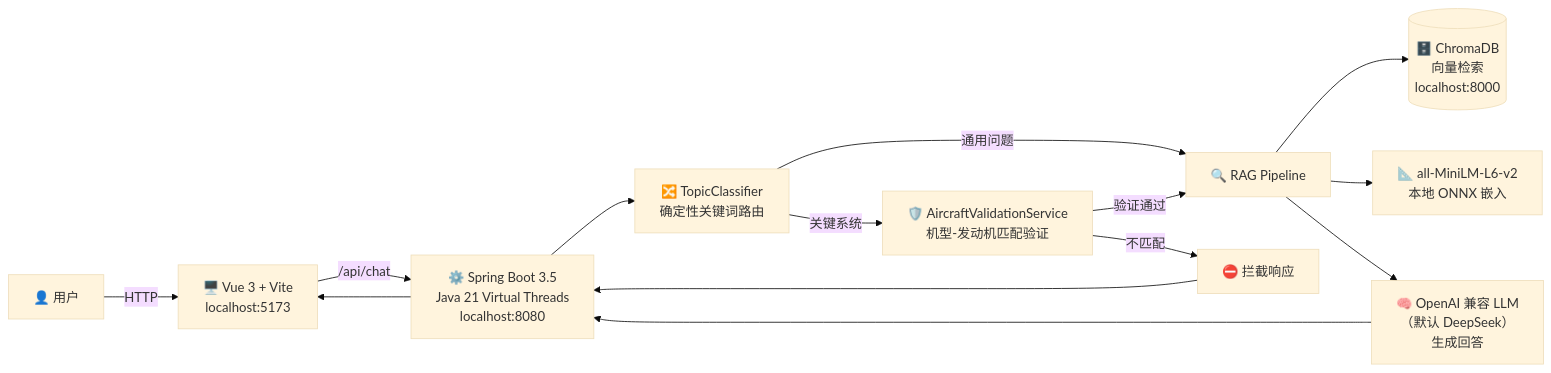
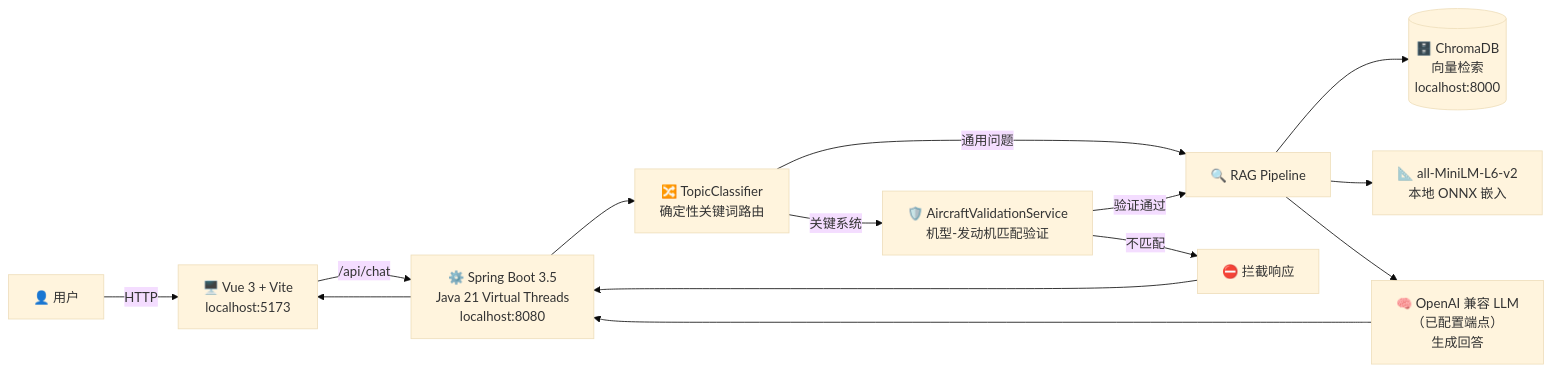
The diagram in README.zh-CN.md (FEJerome/aviation-maintenance-assistant), drawn with Mermaid (base theme) before and after one commit. The commit also changed other lines of this file and 110 other files, not shown here.

````diff
--- a/README.zh-CN.md
+++ b/README.zh-CN.md
@@ -101,16 +103,16 @@
 ```mermaid
 flowchart LR
     User["👤 用户"] -->|HTTP| Frontend["🖥️ Vue 3 + Vite\nlocalhost:5173"]
     Frontend -->|/api/chat| Backend["⚙️ Spring Boot 3.5\nJava 21 Virtual Threads\nlocalhost:8080"]
     Backend --> Router["🔀 TopicClassifier\n确定性关键词路由"]
     Router -->|关键系统| Validation["🛡️ AircraftValidationService\n机型-发动机匹配验证"]
     Router -->|通用问题| RAG["🔍 RAG Pipeline"]
     Validation -->|验证通过| RAG
     Validation -->|不匹配| Block["⛔ 拦截响应"]
     RAG --> Chroma[("🗄️ ChromaDB\n向量检索\nlocalhost:8000")]
     RAG --> Embed["📐 all-MiniLM-L6-v2\n本地 ONNX 嵌入"]
-    RAG --> LLM["🧠 OpenAI 兼容 LLM\n（默认 DeepSeek）\n生成回答"]
+    RAG --> LLM["🧠 OpenAI 兼容 LLM\n（已配置端点）\n生成回答"]
     Block --> Backend
     LLM --> Backend
     Backend --> Frontend
 ```
````
